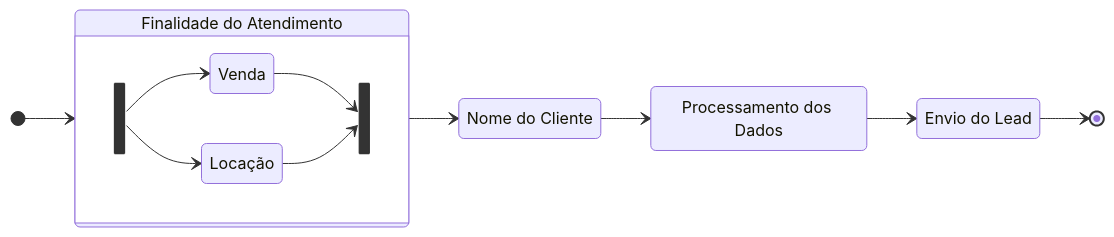
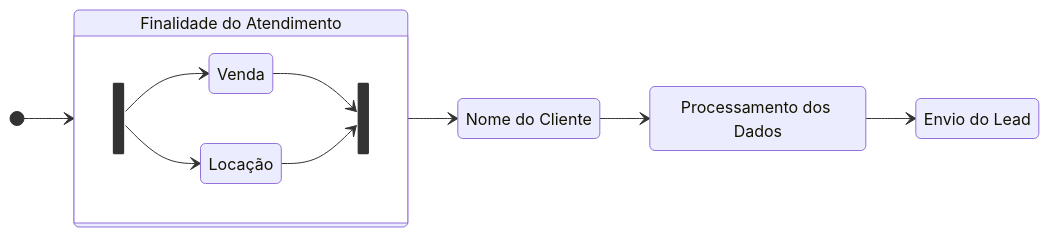
One commit to pepeleascov/cmsouza changed the diagram in readme.md. Above: the diagram before and after it, drawn with Mermaid. The commit also changed other lines of this file, not shown here.

````diff
--- a/readme.md
+++ b/readme.md
@@ -122,26 +84,25 @@
 ```mermaid
 stateDiagram
     1: Finalidade do Atendimento
     v: Venda
     l: Locação
     2: Nome do Cliente
     3: Processamento dos Dados
     4: Envio do Lead
     direction LR
     
     [*] --> 1
     state 1 {
     state fork_state <<fork>>
     direction LR
         fork_state
         fork_state --> v
         fork_state --> l
     state join_state <<join>>
     v --> join_state
     l --> join_state
     }
     1 --> 2
     2 --> 3
     3 --> 4
-    4 --> [*]
 ```
````
